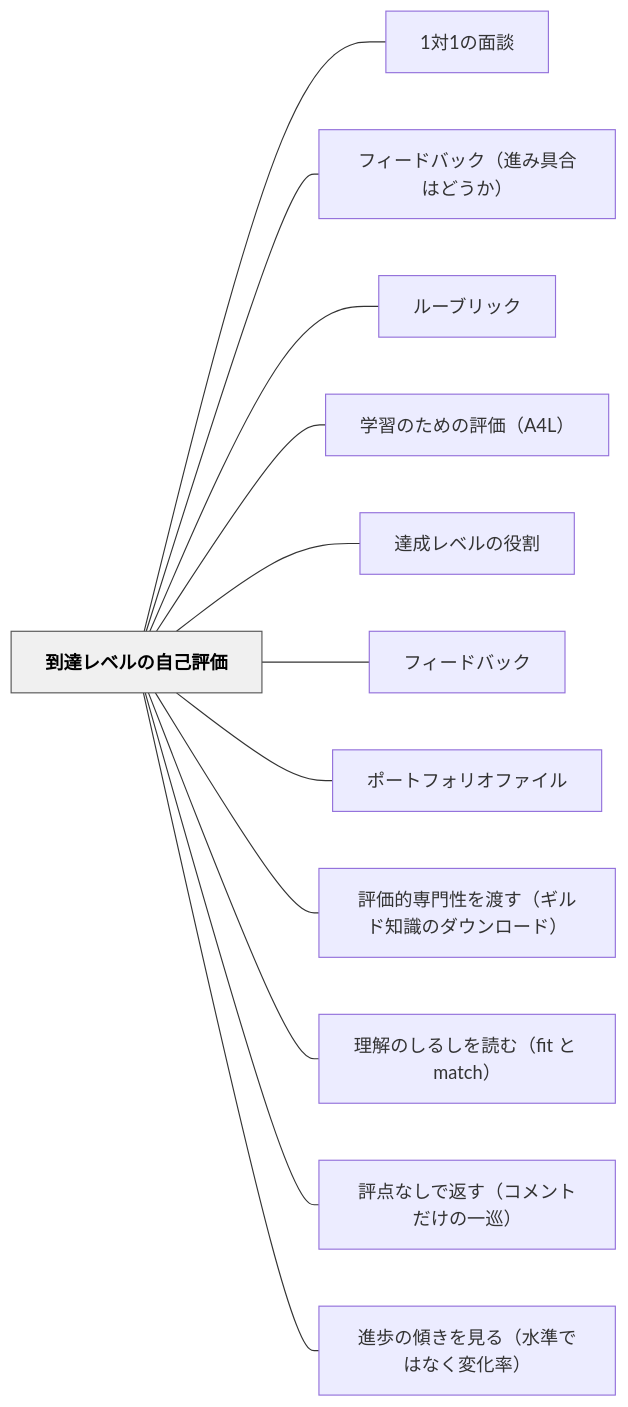
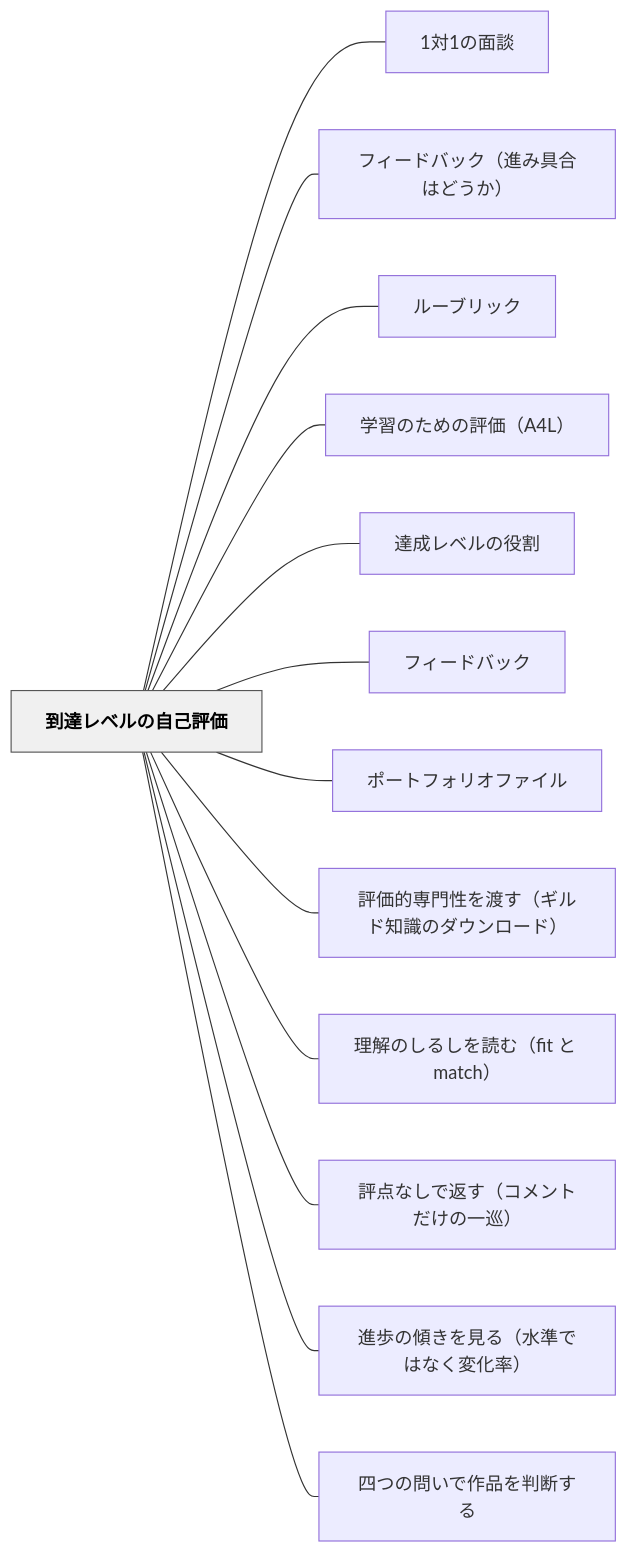
The diagram in content/パタン/到達レベルの自己評価.md (unknownthings-ed-patterns/unknownthings-ed-patterns), drawn with Mermaid before and after one commit. The commit also changed other lines of this file and 18 other files, not shown here.

````diff
--- a/content/パタン/到達レベルの自己評価.md
+++ b/content/パタン/到達レベルの自己評価.md
@@ -70,30 +71,32 @@
 ```mermaid
 flowchart LR
     ne588b0e98194e383ace38399e383abe381aee887aae5b7b1e8a995e4bea1["到達レベルの自己評価"]
     n31e5afbe31e381aee99da2e8ab87["1対1の面談"]
     ne38395e382a3e383bce38389e38390e38383e382afefbc88e980b2e381bfe585b7e59088e381afe381a9e38186e3818befbc89["フィードバック（進み具合はどうか）"]
     ne383abe383bce38396e383aae38383e382af["ルーブリック"]
     ne5ada6e7bf92e381aee3819fe38281e381aee8a995e4bea1efbc8841344cefbc89["学習のための評価（A4L）"]
     ne98194e68890e383ace38399e383abe381aee5bdb9e589b2["達成レベルの役割"]
     ne38395e382a3e383bce38389e38390e38383e382af["フィードバック"]
     ne3839de383bce38388e38395e382a9e383aae382aae38395e382a1e382a4e383ab["ポートフォリオファイル"]
     ne8a995e4bea1e79a84e5b082e99680e680a7e38292e6b8a1e38199efbc88e382aee383abe38389e79fa5e8ad98e381aee38380e382a6e383b3e383ade383bce38389efbc89["評価的専門性を渡す（ギルド知識のダウンロード）"]
     ne79086e8a7a3e381aee38197e3828be38197e38292e8aaade38280efbc8866697420e381a8206d61746368efbc89["理解のしるしを読む（fit と match）"]
     ne8a995e782b9e381aae38197e381a7e8bf94e38199efbc88e382b3e383a1e383b3e38388e381a0e38191e381aee4b880e5b7a1efbc89["評点なしで返す（コメントだけの一巡）"]
     ne980b2e6ada9e381aee582bee3818de38292e8a68be3828befbc88e6b0b4e6ba96e381a7e381afe381aae3818fe5a489e58c96e78e87efbc89["進歩の傾きを見る（水準ではなく変化率）"]
+    ne59b9be381a4e381aee5958fe38184e381a7e4bd9ce59381e38292e588a4e696ade38199e3828b["四つの問いで作品を判断する"]
 
     ne588b0e98194e383ace38399e383abe381aee887aae5b7b1e8a995e4bea1 --- n31e5afbe31e381aee99da2e8ab87
     ne588b0e98194e383ace38399e383abe381aee887aae5b7b1e8a995e4bea1 --- ne38395e382a3e383bce38389e38390e38383e382afefbc88e980b2e381bfe585b7e59088e381afe381a9e38186e3818befbc89
     ne588b0e98194e383ace38399e383abe381aee887aae5b7b1e8a995e4bea1 --- ne383abe383bce38396e383aae38383e382af
     ne588b0e98194e383ace38399e383abe381aee887aae5b7b1e8a995e4bea1 --- ne5ada6e7bf92e381aee3819fe38281e381aee8a995e4bea1efbc8841344cefbc89
     ne588b0e98194e383ace38399e383abe381aee887aae5b7b1e8a995e4bea1 --- ne98194e68890e383ace38399e383abe381aee5bdb9e589b2
     ne588b0e98194e383ace38399e383abe381aee887aae5b7b1e8a995e4bea1 --- ne38395e382a3e383bce38389e38390e38383e382af
     ne588b0e98194e383ace38399e383abe381aee887aae5b7b1e8a995e4bea1 --- ne3839de383bce38388e38395e382a9e383aae382aae38395e382a1e382a4e383ab
     ne588b0e98194e383ace38399e383abe381aee887aae5b7b1e8a995e4bea1 --- ne8a995e4bea1e79a84e5b082e99680e680a7e38292e6b8a1e38199efbc88e382aee383abe38389e79fa5e8ad98e381aee38380e382a6e383b3e383ade383bce38389efbc89
     ne588b0e98194e383ace38399e383abe381aee887aae5b7b1e8a995e4bea1 --- ne79086e8a7a3e381aee38197e3828be38197e38292e8aaade38280efbc8866697420e381a8206d61746368efbc89
     ne588b0e98194e383ace38399e383abe381aee887aae5b7b1e8a995e4bea1 --- ne8a995e782b9e381aae38197e381a7e8bf94e38199efbc88e382b3e383a1e383b3e38388e381a0e38191e381aee4b880e5b7a1efbc89
     ne588b0e98194e383ace38399e383abe381aee887aae5b7b1e8a995e4bea1 --- ne980b2e6ada9e381aee582bee3818de38292e8a68be3828befbc88e6b0b4e6ba96e381a7e381afe381aae3818fe5a489e58c96e78e87efbc89
+    ne588b0e98194e383ace38399e383abe381aee887aae5b7b1e8a995e4bea1 --- ne59b9be381a4e381aee5958fe38184e381a7e4bd9ce59381e38292e588a4e696ade38199e3828b
 
     classDef hub fill:#f0f0f0,stroke:#555,color:#000,font-weight:bold
     class ne588b0e98194e383ace38399e383abe381aee887aae5b7b1e8a995e4bea1 hub
 ```
````
